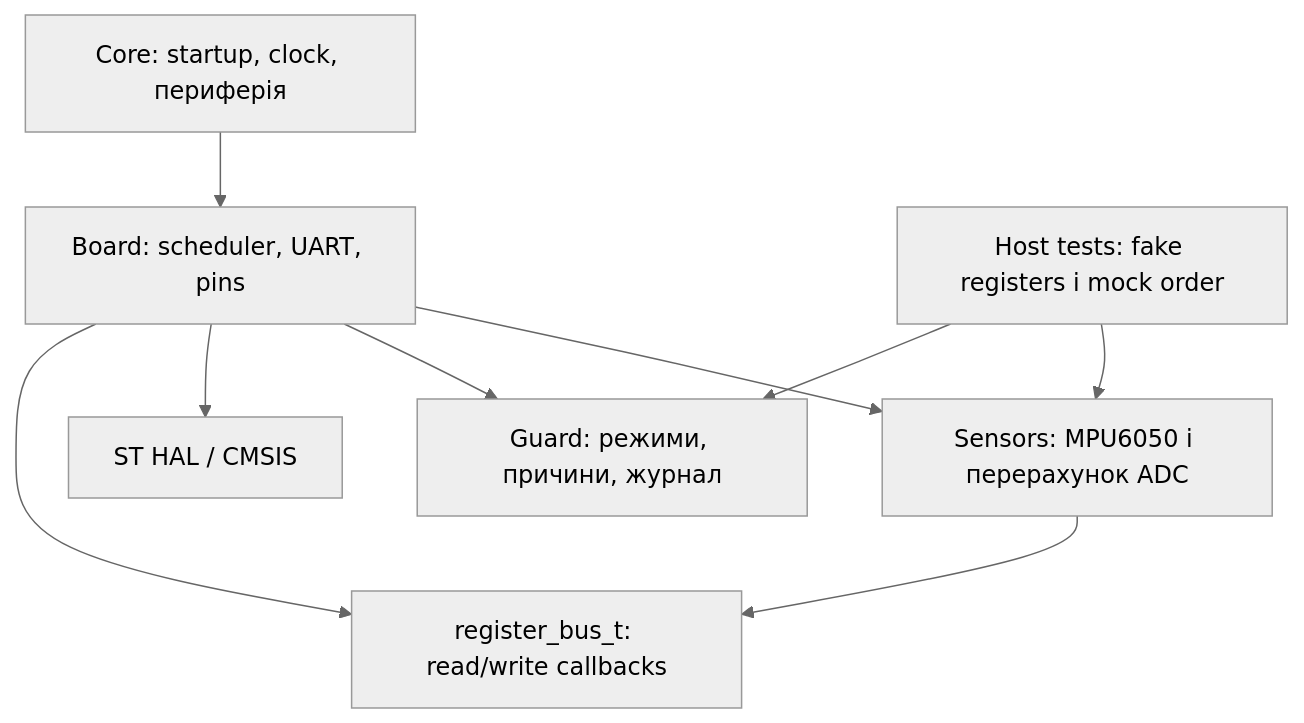
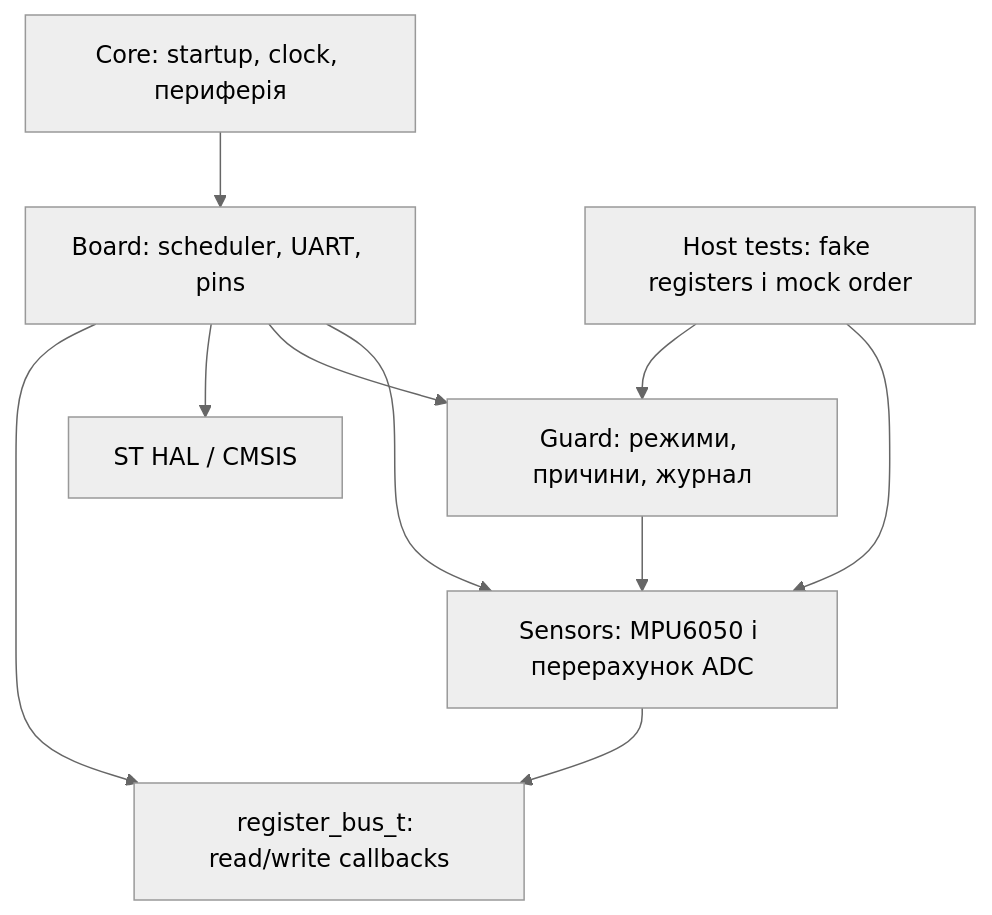
One commit to lilbodyn/Lockbox changed the diagram in docs/architecture.md. Above: the diagram before and after it, drawn with Mermaid (neutral theme). The commit also changed 48 other files, not shown here.

````diff
--- a/docs/architecture.md
+++ b/docs/architecture.md
@@ -5,11 +5,12 @@
 ```mermaid
 flowchart TB
   core["Core: startup, clock, периферія"] --> board["Board: scheduler, UART, pins"]
   board --> sensors["Sensors: MPU6050 і перерахунок ADC"]
   board --> guard["Guard: режими, причини, журнал"]
+  guard --> sensors
   board --> hal["ST HAL / CMSIS"]
   sensors --> bus["register_bus_t: read/write callbacks"]
   board --> bus
   tests["Host tests: fake registers і mock order"] --> sensors
   tests --> guard
 ```
````
